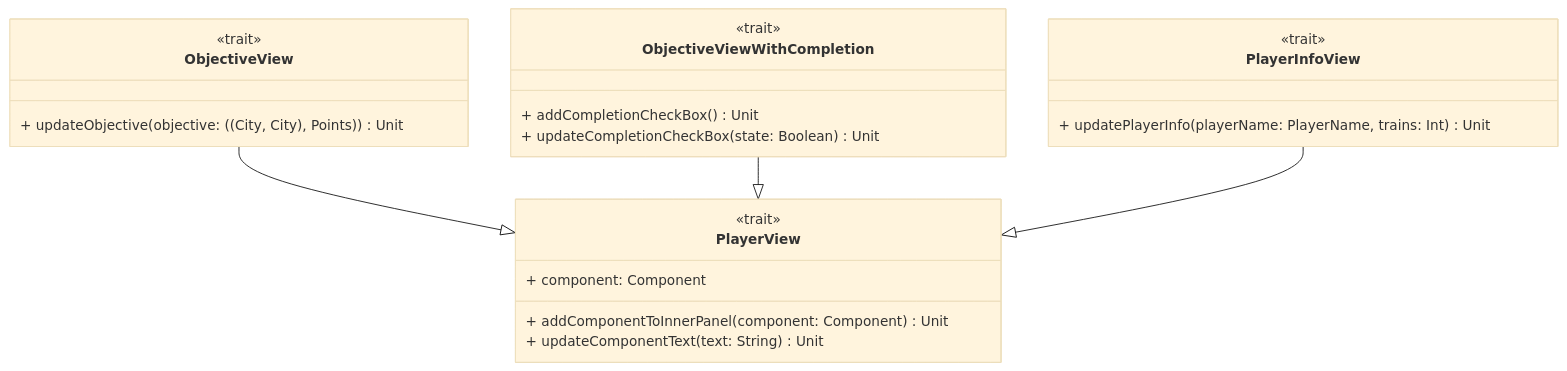
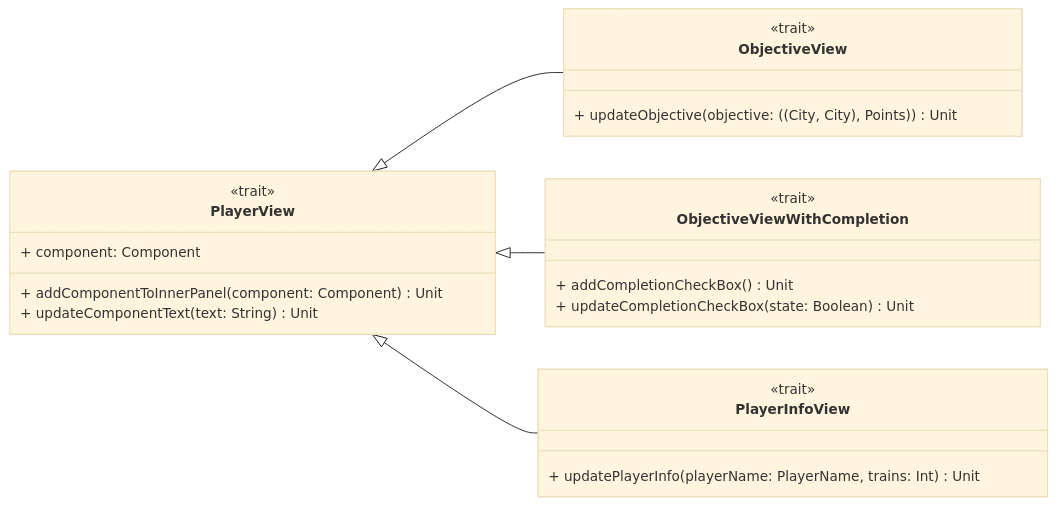
The diagram in docs/report/design/pracucci/design_playerView.md (FilippoPracucci/PPS-24-ttr-scala), drawn with Mermaid (base theme) before and after one commit.

Commit message:
docs: change class diagram direction

````diff
--- a/docs/report/design/pracucci/design_playerView.md
+++ b/docs/report/design/pracucci/design_playerView.md
@@ -43,30 +43,31 @@
 ```mermaid
 ---
 config:
   class:
     hideEmptyMembersBox: true
 ---
 classDiagram
+    direction RL
     ObjectiveView --|> PlayerView
     ObjectiveViewWithCompletion --|> PlayerView
     PlayerInfoView --|> PlayerView
     class PlayerView {
         <<trait>>
         + component: Component
         + addComponentToInnerPanel(component: Component) Unit
         + updateComponentText(text: String) Unit
     }
     class ObjectiveView {
         <<trait>>
         + updateObjective(objective: ((City, City), Points)) Unit
     }
     class ObjectiveViewWithCompletion {
         <<trait>>
         + addCompletionCheckBox() Unit
         + updateCompletionCheckBox(state: Boolean) Unit
     }
     class PlayerInfoView {
         <<trait>>
         + updatePlayerInfo(playerName: PlayerName, trains: Int) Unit
     }
 ```
````
